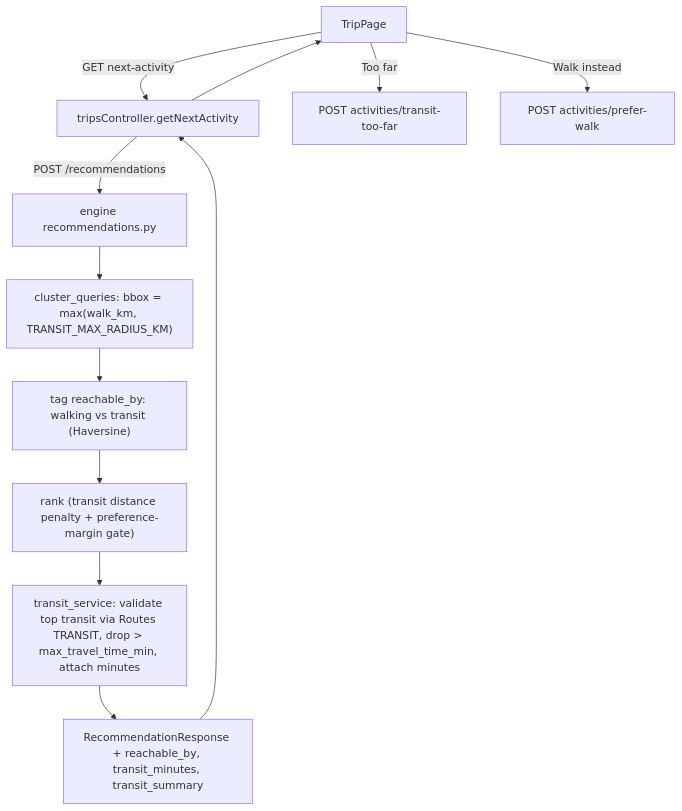
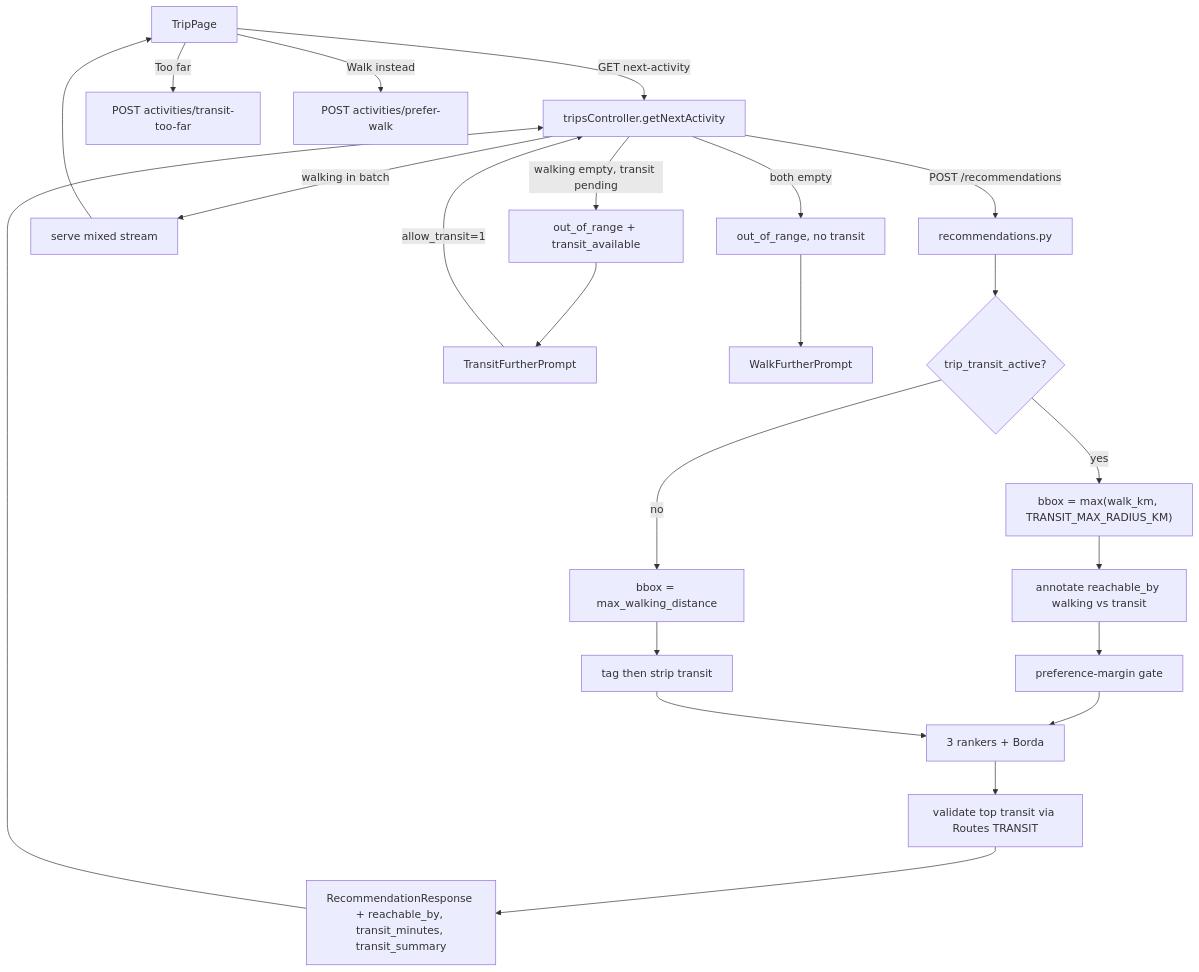
Before and after one commit to lior610/SpontaneousAI: the diagram in explanations/public_transport_suggestions.md, drawn with Mermaid. The commit also changed other lines of this file and 4 other files, not shown here.

````diff
--- a/explanations/public_transport_suggestions.md
+++ b/explanations/public_transport_suggestions.md
@@ -36,13 +158,25 @@
 ```mermaid
 flowchart TD
   W[TripPage] -->|GET next-activity| API[tripsController.getNextActivity]
-  API -->|POST /recommendations| E[engine recommendations.py]
-  E --> BBox["cluster_queries: bbox = max(walk_km, TRANSIT_MAX_RADIUS_KM)"]
-  BBox --> Tag["tag reachable_by: walking vs transit (Haversine)"]
-  Tag --> Rank["rank (transit distance penalty + preference-margin gate)"]
-  Rank --> Val["transit_service: validate top transit via Routes TRANSIT, drop > max_travel_time_min, attach minutes"]
+  API -->|POST /recommendations| E[recommendations.py]
+  E --> Active{"trip_transit_active?"}
+  Active -->|no| WalkBBox["bbox = max_walking_distance"]
+  Active -->|yes| BBox["bbox = max(walk_km, TRANSIT_MAX_RADIUS_KM)"]
+  BBox --> Tag["annotate reachable_by walking vs transit"]
+  Tag --> Gate["preference-margin gate"]
+  Gate --> Rank["3 rankers + Borda"]
+  Rank --> Val["validate top transit via Routes TRANSIT"]
   Val --> Resp["RecommendationResponse + reachable_by, transit_minutes, transit_summary"]
-  Resp --> API --> W
+  WalkBBox --> TagWalk["tag then strip transit"]
+  TagWalk --> Rank
+  Resp --> API
+  API -->|walking in batch| Mix[serve mixed stream]
+  API -->|walking empty, transit pending| Prompt["out_of_range + transit_available"]
+  API -->|both empty| WalkPrompt["out_of_range, no transit"]
+  Mix --> W
+  Prompt --> TFP[TransitFurtherPrompt]
+  WalkPrompt --> WFP[WalkFurtherPrompt]
+  TFP -->|allow_transit=1| API
   W -->|Too far| TF[POST activities/transit-too-far]
   W -->|Walk instead| PW[POST activities/prefer-walk]
 ```
````
